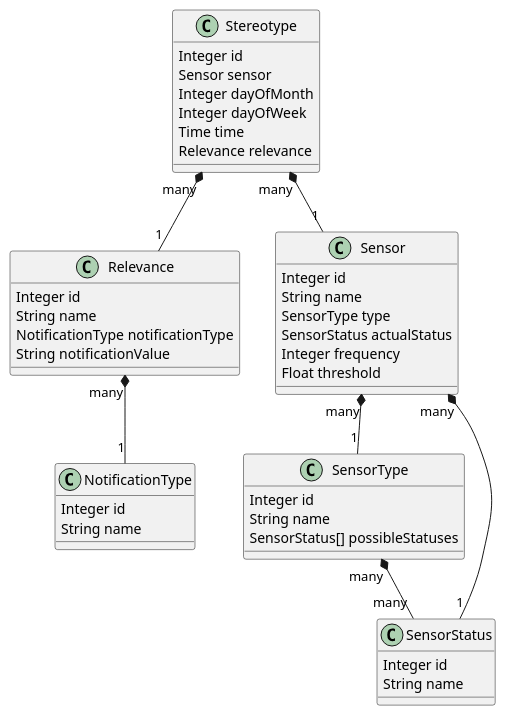
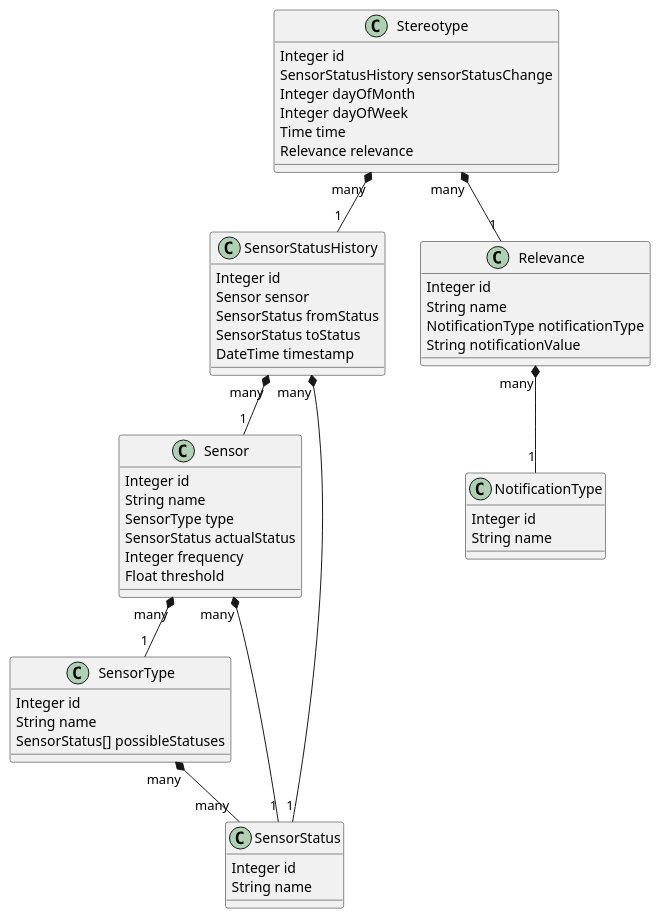
One commit to Skipper565/behav-human changed the diagram in docs/classDiagram.puml. Above: the diagram before and after it, drawn with PlantUML.

Commit message:
[FIX] Add missing class to class diagram

```diff
--- a/docs/classDiagram.puml
+++ b/docs/classDiagram.puml
@@ -1,49 +1,59 @@
 @startuml
-class Stereotype {
-    Integer id
-    Sensor sensor
-    Integer dayOfMonth
-    Integer dayOfWeek
-    Time time
-    Relevance relevance
-}
-
-class Relevance {
-    Integer id
-    String name
-    NotificationType notificationType
-    String notificationValue
-}
-
-class NotificationType {
-    Integer id
-    String name
-}
-
 class Sensor {
     Integer id
     String name
     SensorType type
     SensorStatus actualStatus
     Integer frequency
     Float threshold
 }
 
 class SensorType {
     Integer id
     String name
     SensorStatus[] possibleStatuses
 }
 
 class SensorStatus {
     Integer id
     String name
 }
 
-Relevance "many" *-- "1" NotificationType
-Stereotype "many" *-- "1" Relevance
-Stereotype "many" *-- "1" Sensor
+class SensorStatusHistory {
+    Integer id
+    Sensor sensor
+    SensorStatus fromStatus
+    SensorStatus toStatus
+    DateTime timestamp
+}
+
+class Stereotype {
+    Integer id
+    SensorStatusHistory sensorStatusChange
+    Integer dayOfMonth
+    Integer dayOfWeek
+    Time time
+    Relevance relevance
+}
+
+class Relevance {
+    Integer id
+    String name
+    NotificationType notificationType
+    String notificationValue
+}
+
+class NotificationType {
+    Integer id
+    String name
+}
+
 Sensor "many" *-- "1" SensorType
 Sensor "many" *-- "1" SensorStatus
 SensorType "many" *-- "many" SensorStatus
+SensorStatusHistory "many" *-- "1" Sensor
+SensorStatusHistory "many" *-- "1" SensorStatus
+Stereotype "many" *-- "1" SensorStatusHistory
+Stereotype "many" *-- "1" Relevance
+Relevance "many" *-- "1" NotificationType
 @enduml
```
